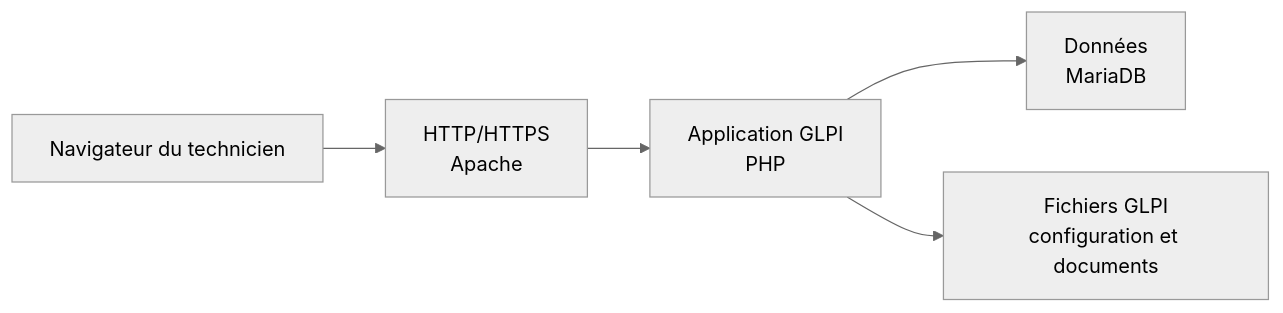
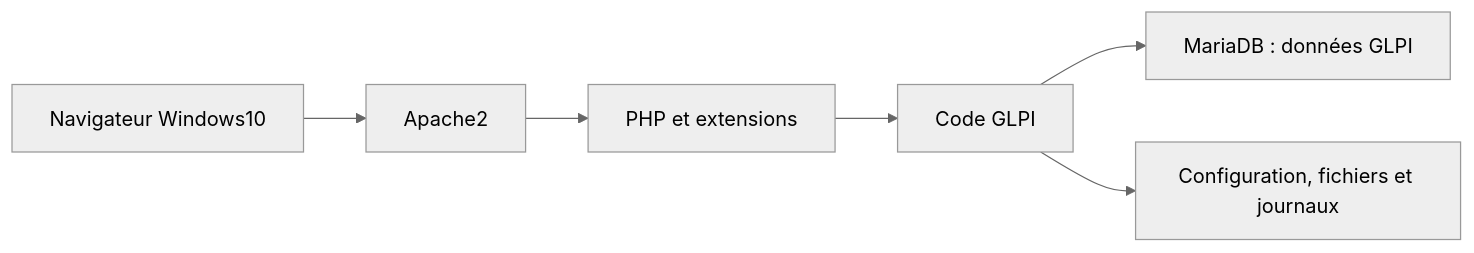
The diagram in docs/modules/07-administration-glpi/module-01-presentation-de-l-environnement-installation-de-glpi.md (sk34pk25/tssr-cours), drawn with Mermaid (neutral theme) before and after one commit. The commit also changed other lines of this file and 864 other files, not shown here.

````diff
--- a/docs/modules/07-administration-glpi/module-01-presentation-de-l-environnement-installation-de-glpi.md
+++ b/docs/modules/07-administration-glpi/module-01-presentation-de-l-environnement-installation-de-glpi.md
@@ -30,5 +11,8 @@
 ```mermaid
 flowchart LR
-    U["Navigateur du technicien"] --> H["HTTP/HTTPS<br/>Apache"] --> P["Application GLPI<br/>PHP"] --> M["Données<br/>MariaDB"]
-    P --> F["Fichiers GLPI<br/>configuration et documents"]
+    W["Navigateur Windows10"] --> A["Apache2"]
+    A --> P["PHP et extensions"]
+    P --> G["Code GLPI"]
+    G --> B["MariaDB : données GLPI"]
+    G --> F["Configuration, fichiers et journaux"]
 ```
````
